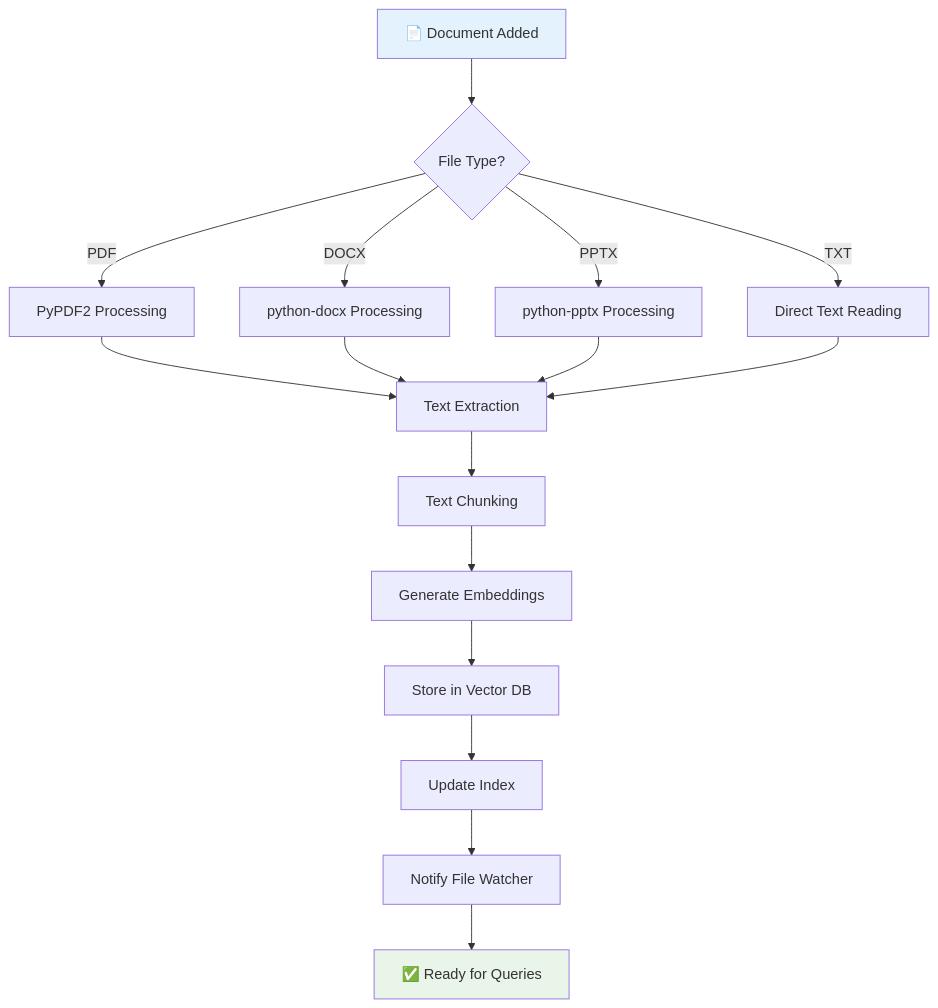
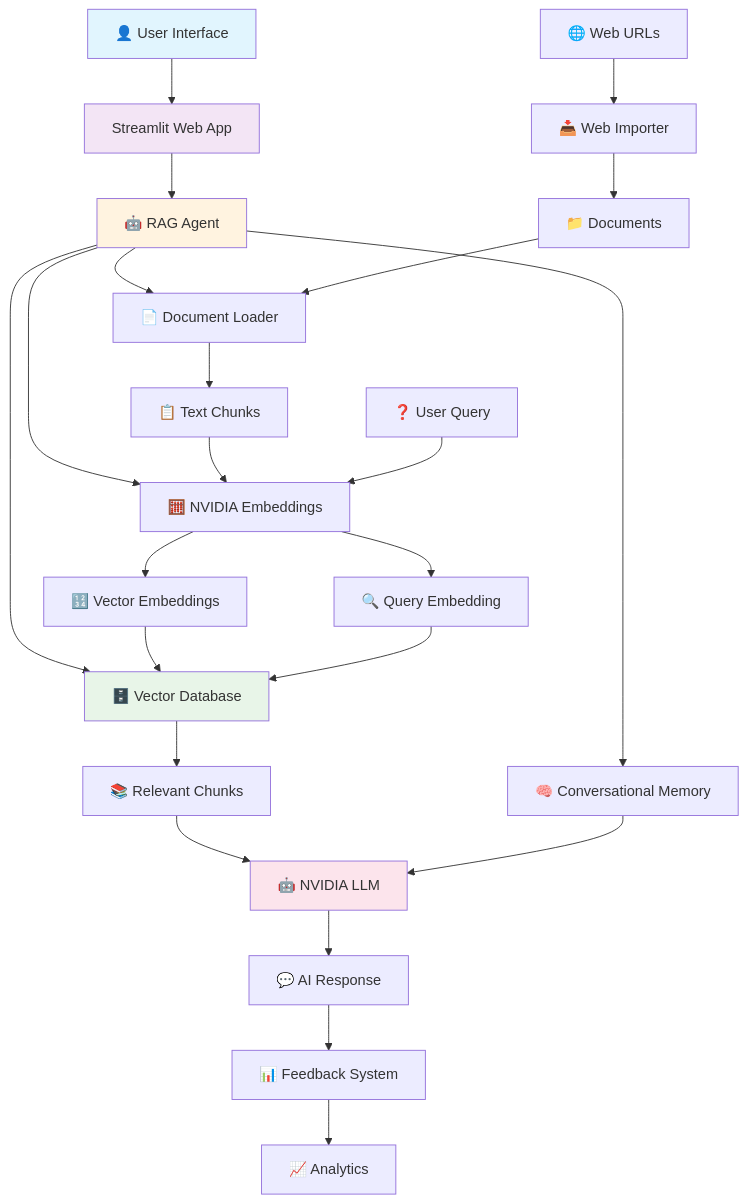
The second of 2 diagrams in README.md (debnathkundu/InsightEngine-RAG-NVIDIA), drawn with Mermaid before and after one commit. The commit also changed other lines of this file, not shown here.

````diff
--- a/README.md
+++ b/README.md
@@ -989,23 +63,30 @@
 ```mermaid
-flowchart TD
-    A[📄 Document Added] --> B{File Type?}
-    B -->|PDF| C[PyPDF2 Processing]
-    B -->|DOCX| D[python-docx Processing]
-    B -->|PPTX| E[python-pptx Processing]
-    B -->|TXT| F[Direct Text Reading]
+graph TB
+    A[👤 User Interface] --> B[ Streamlit Web App]
+    B --> C[🤖 RAG Agent]
+    C --> D[📄 Document Loader]
+    C --> E[🧮 NVIDIA Embeddings]
+    C --> F[🗄️ Vector Database]
+    C --> G[🧠 Conversational Memory]
+    H[📁 Documents] --> D
+    I[🌐 Web URLs] --> J[📥 Web Importer] --> H
+    D --> K[📋 Text Chunks]
+    K --> E
+    E --> L[🔢 Vector Embeddings]
+    L --> F
+    M[❓ User Query] --> E
+    E --> N[🔍 Query Embedding]
+    N --> F
+    F --> O[📚 Relevant Chunks]
+    O --> P[🤖 NVIDIA LLM]
+    P --> Q[💬 AI Response]
+    G --> P
+    Q --> R[📊 Feedback System]
+    R --> S[📈 Analytics]
 
-    C --> G[Text Extraction]
-    D --> G
-    E --> G
-    F --> G
-
-    G --> H[Text Chunking]
-    H --> I[Generate Embeddings]
-    I --> J[Store in Vector DB]
-    J --> K[Update Index]
-    K --> L[Notify File Watcher]
-    L --> M[✅ Ready for Queries]
-
-    style A fill:#e3f2fd
-    style M fill:#e8f5e8
+    style A fill:#e1f5fe
+    style B fill:#f3e5f5
+    style C fill:#fff3e0
+    style F fill:#e8f5e8
+    style P fill:#fce4ec
 ```
````
